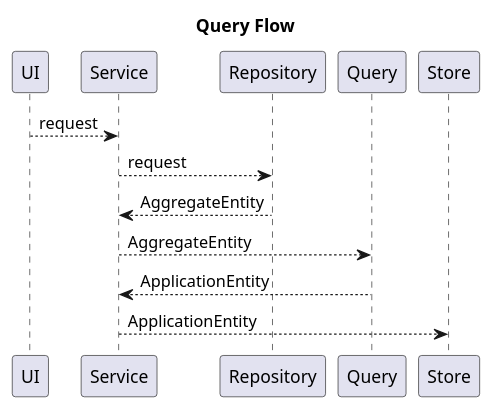
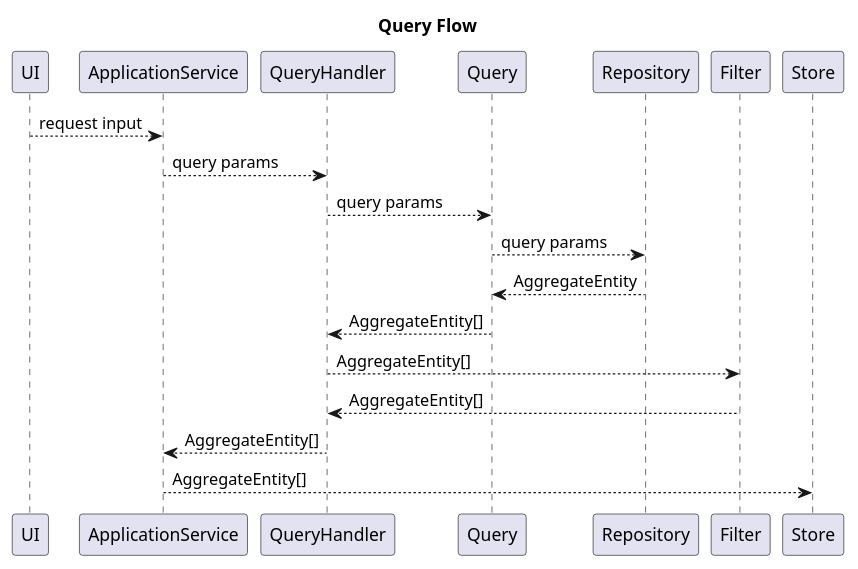
One commit to JakovljevicFilip/platform-fe changed the diagram in src/application/Platform/Service/Domain/Query.puml. Above: the diagram before and after it, drawn with PlantUML. The commit also changed 7 other files, not shown here.

```diff
--- a/src/application/Platform/Service/Domain/Query.puml
+++ b/src/application/Platform/Service/Domain/Query.puml
@@ -1,11 +1,15 @@
 @startuml
 title Query Flow
 
-UI --> Service : request
-Service --> Repository: request
-Repository --> Service: AggregateEntity
-Service --> Query: AggregateEntity
-Query --> Service: ApplicationEntity
-Service --> Store: ApplicationEntity
+UI --> ApplicationService : request input
+ApplicationService --> QueryHandler : query params
+QueryHandler --> Query : query params
+Query --> Repository : query params
+Repository --> Query : AggregateEntity
+Query --> QueryHandler : AggregateEntity[]
+QueryHandler --> Filter : AggregateEntity[]
+Filter --> QueryHandler : AggregateEntity[]
+QueryHandler --> ApplicationService : AggregateEntity[]
+ApplicationService --> Store : AggregateEntity[]
 
 @enduml
```
